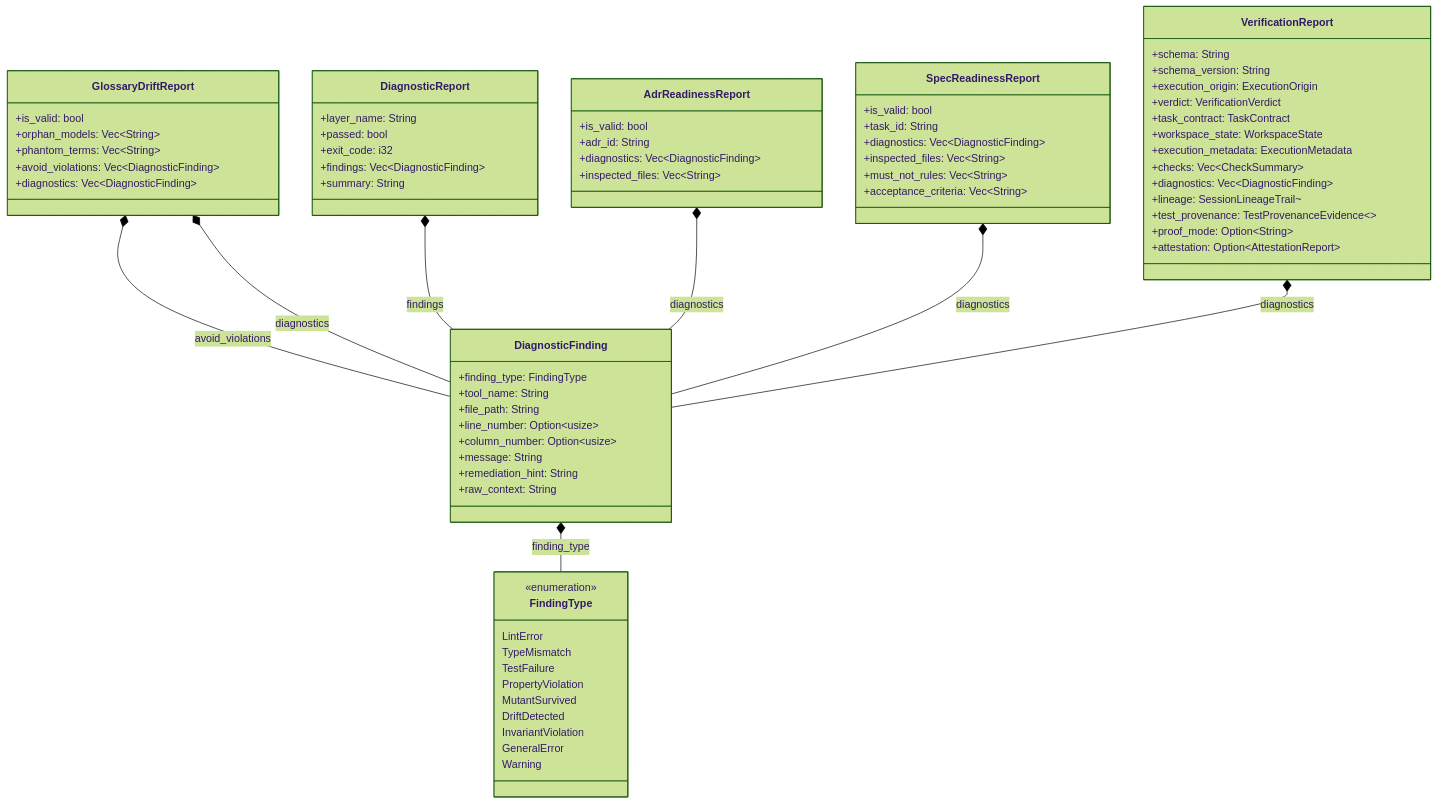
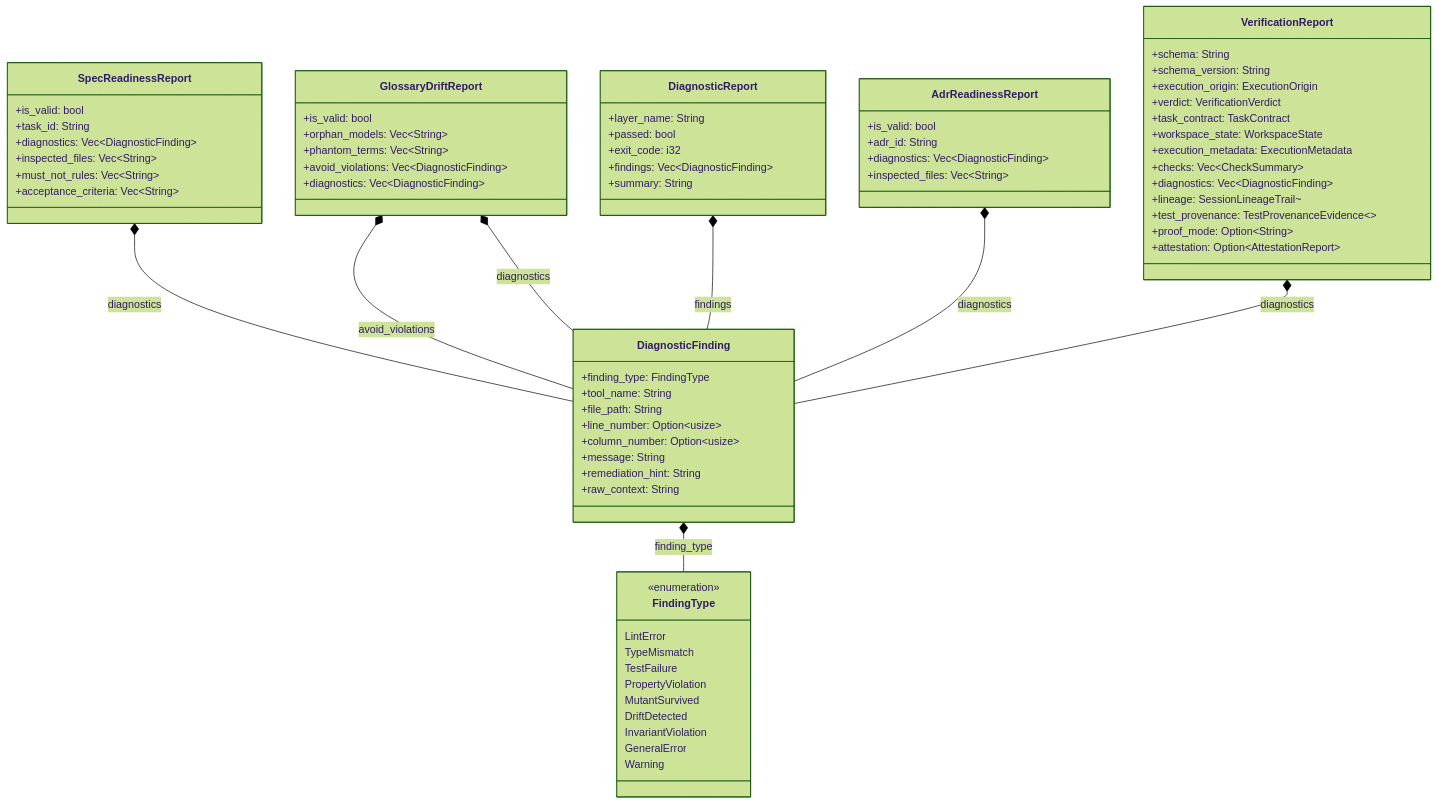
The diagram in docs/architecture/diagnostics.md (rolfmadsen/xgauntlet), drawn with Mermaid (forest theme) before and after one commit. The commit also changed other lines of this file and 25 other files, not shown here.

````diff
--- a/docs/architecture/diagnostics.md
+++ b/docs/architecture/diagnostics.md
@@ -84,11 +84,11 @@
         +attestation: Option~AttestationReport~
     }
 
+    SpecReadinessReport *-- DiagnosticFinding : diagnostics
     GlossaryDriftReport *-- DiagnosticFinding : avoid_violations
     GlossaryDriftReport *-- DiagnosticFinding : diagnostics
     DiagnosticFinding *-- FindingType : finding_type
     DiagnosticReport *-- DiagnosticFinding : findings
     AdrReadinessReport *-- DiagnosticFinding : diagnostics
-    SpecReadinessReport *-- DiagnosticFinding : diagnostics
     VerificationReport *-- DiagnosticFinding : diagnostics
 ```
````
